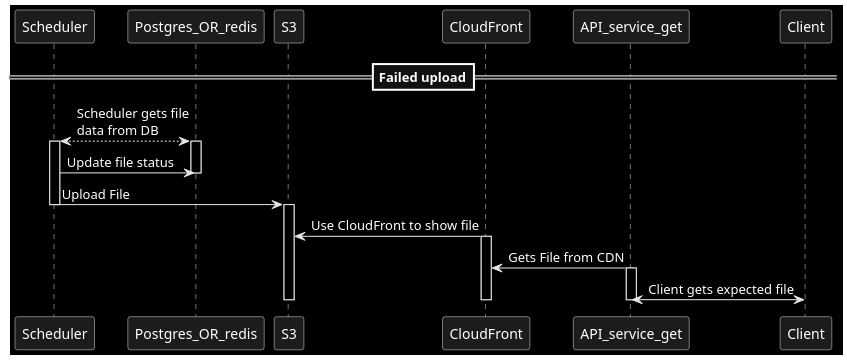
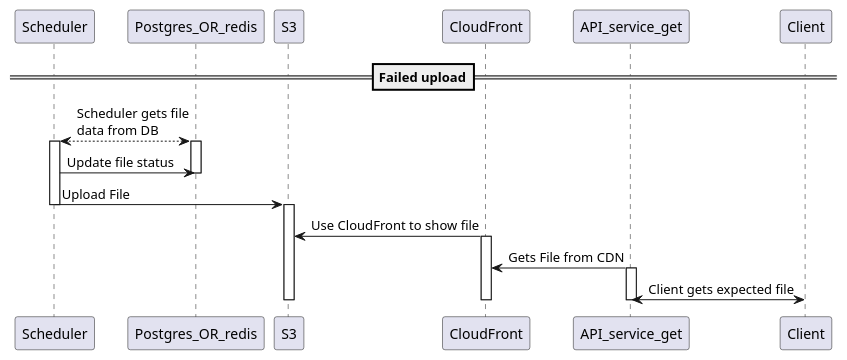
Before and after one commit to dkarpele/graduate_work: the diagram in architecture/C3_failed_upload.puml, drawn with PlantUML. The commit also changed 8 other files, not shown here.

```diff
--- a/architecture/C3_failed_upload.puml
+++ b/architecture/C3_failed_upload.puml
@@ -1,23 +1,22 @@
 @startuml
-skinparam monochrome reverse
 
 ==Failed upload==
 
 Scheduler <--> Postgres_OR_redis: Scheduler gets file\ndata from DB
 activate Postgres_OR_redis
 activate Scheduler
 Scheduler -> Postgres_OR_redis: Update file status
 deactivate Postgres_OR_redis
 Scheduler -> S3: Upload File
 deactivate Scheduler
 
 activate S3
 S3 <- CloudFront: Use CloudFront to show file
 activate CloudFront
 CloudFront <- API_service_get: Gets File from CDN
 activate API_service_get
 API_service_get <-> Client: Client gets expected file
 deactivate CloudFront
 deactivate API_service_get
 deactivate S3
 @enduml
```
